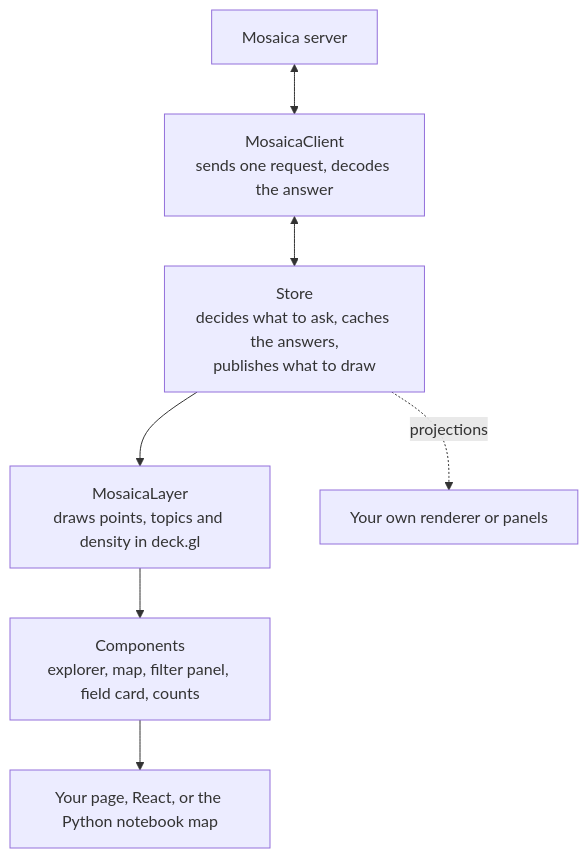
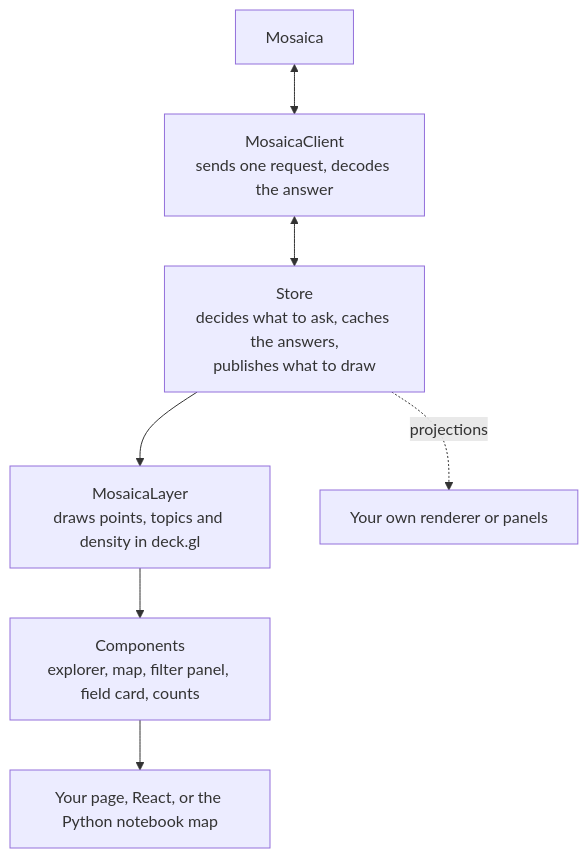
The diagram in docs/system/browser-maps.md (mosaicadb/mosaica), drawn with Mermaid before and after one commit. The commit also changed other lines of this file and 9 other files, not shown here.

````diff
--- a/docs/system/browser-maps.md
+++ b/docs/system/browser-maps.md
@@ -5,16 +5,16 @@
 ```mermaid
 flowchart TB
-  server["Mosaica server"]
+  server["Mosaica"]
   client["MosaicaClient<br/>sends one request, decodes the answer"]
   store["Store<br/>decides what to ask, caches the answers,<br/>publishes what to draw"]
   layer["MosaicaLayer<br/>draws points, topics and density in deck.gl"]
   components["Components<br/>explorer, map, filter panel, field card, counts"]
   hosts["Your page, React, or the Python notebook map"]
   own["Your own renderer or panels"]
   server <--> client
   client <--> store
   store --> layer
   layer --> components
   components --> hosts
   store -. "projections" .-> own
 ```
````
